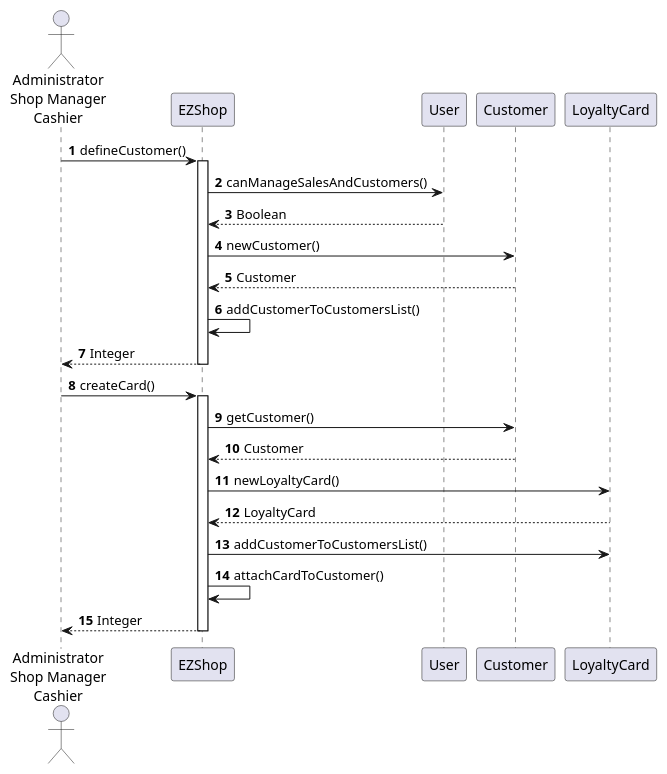
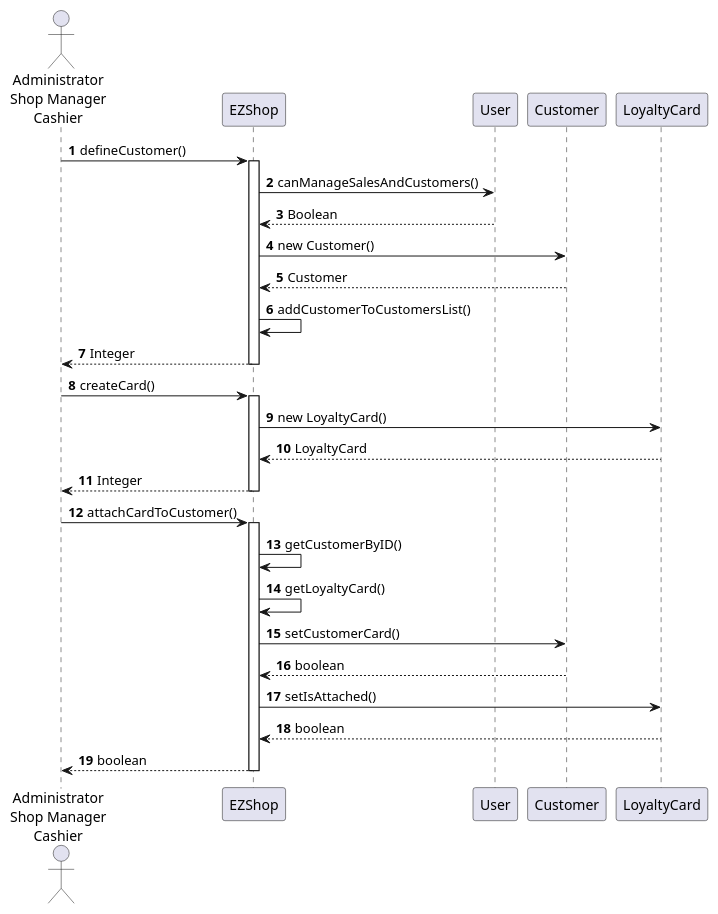
Diagram 11 of 20 in Deliverables/DesignDocument.md (gioele-scaletta/EZShop-Software-Engineering-Project), drawn with PlantUML before and after one commit. The commit also changed other lines of this file, not shown here.

Commit message:
Modification of UC4

````diff
--- a/Deliverables/DesignDocument.md
+++ b/Deliverables/DesignDocument.md
@@ -405,25 +407,32 @@
 ```plantuml
 actor "Administrator\nShop Manager\nCashier" as user
 autonumber
 
 user->EZShop : defineCustomer()
 activate EZShop
 EZShop->User : canManageSalesAndCustomers()
 User -->EZShop : Boolean
-EZShop->Customer : newCustomer()
+EZShop->Customer : new Customer()
 Customer -->EZShop : Customer
 EZShop->EZShop : addCustomerToCustomersList()
 EZShop-->user: Integer
 deactivate EZShop
 
 user->EZShop : createCard()
 activate EZShop
-EZShop->Customer : getCustomer()
-Customer -->EZShop : Customer
-EZShop->LoyaltyCard : newLoyaltyCard()
+EZShop->LoyaltyCard : new LoyaltyCard()
 LoyaltyCard --> EZShop : LoyaltyCard
-EZShop->LoyaltyCard : addCustomerToCustomersList()
-EZShop -> EZShop : attachCardToCustomer()
-EZShop-->user: Integer
+EZShop-->user : Integer
+deactivate EZShop
+
+user -> EZShop : attachCardToCustomer()
+activate EZShop
+EZShop->EZShop : getCustomerByID()
+EZShop->EZShop : getLoyaltyCard()
+EZShop->Customer : setCustomerCard()
+Customer--> EZShop : boolean
+EZShop ->LoyaltyCard : setIsAttached() 
+LoyaltyCard --> EZShop : boolean
+EZShop-->user : boolean
 deactivate EZShop
 ```
````
